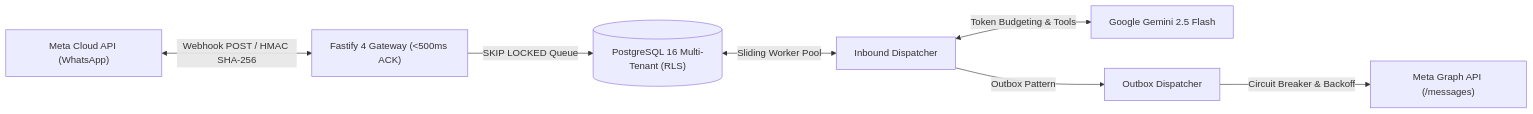
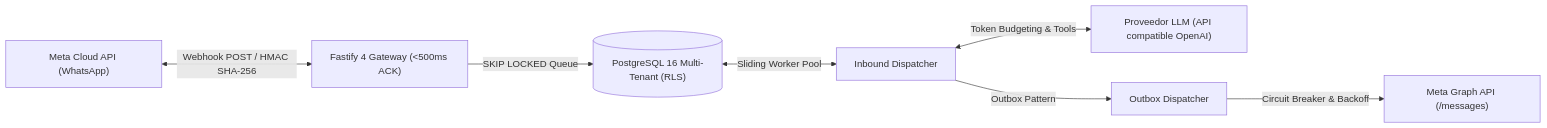
One commit to moisesrojasp89-Dev/chatbot-ws changed the diagram in docs/architecture/README.md. Above: the diagram before and after it, drawn with Mermaid. The commit also changed 40 other files, not shown here.

First line of the commit message:
refactor(llm): desacoplar el motor LLM de Gemini

````diff
--- a/docs/architecture/README.md
+++ b/docs/architecture/README.md
@@ -22,9 +22,9 @@
 ```mermaid
 flowchart LR
     Meta["Meta Cloud API (WhatsApp)"] <-->|"Webhook POST / HMAC SHA-256"| Fastify["Fastify 4 Gateway (<500ms ACK)"]
     Fastify -->|"SKIP LOCKED Queue"| Postgres[("PostgreSQL 16 Multi-Tenant (RLS)")]
     Postgres <-->|"Sliding Worker Pool"| InboundWorker["Inbound Dispatcher"]
-    InboundWorker <-->|"Token Budgeting & Tools"| Gemini["Google Gemini 2.5 Flash"]
+    InboundWorker <-->|"Token Budgeting & Tools"| LLM["Proveedor LLM (API compatible OpenAI)"]
     InboundWorker -->|"Outbox Pattern"| OutboxWorker["Outbox Dispatcher"]
     OutboxWorker -->|"Circuit Breaker & Backoff"| MetaOut["Meta Graph API (/messages)"]
 ```
````
